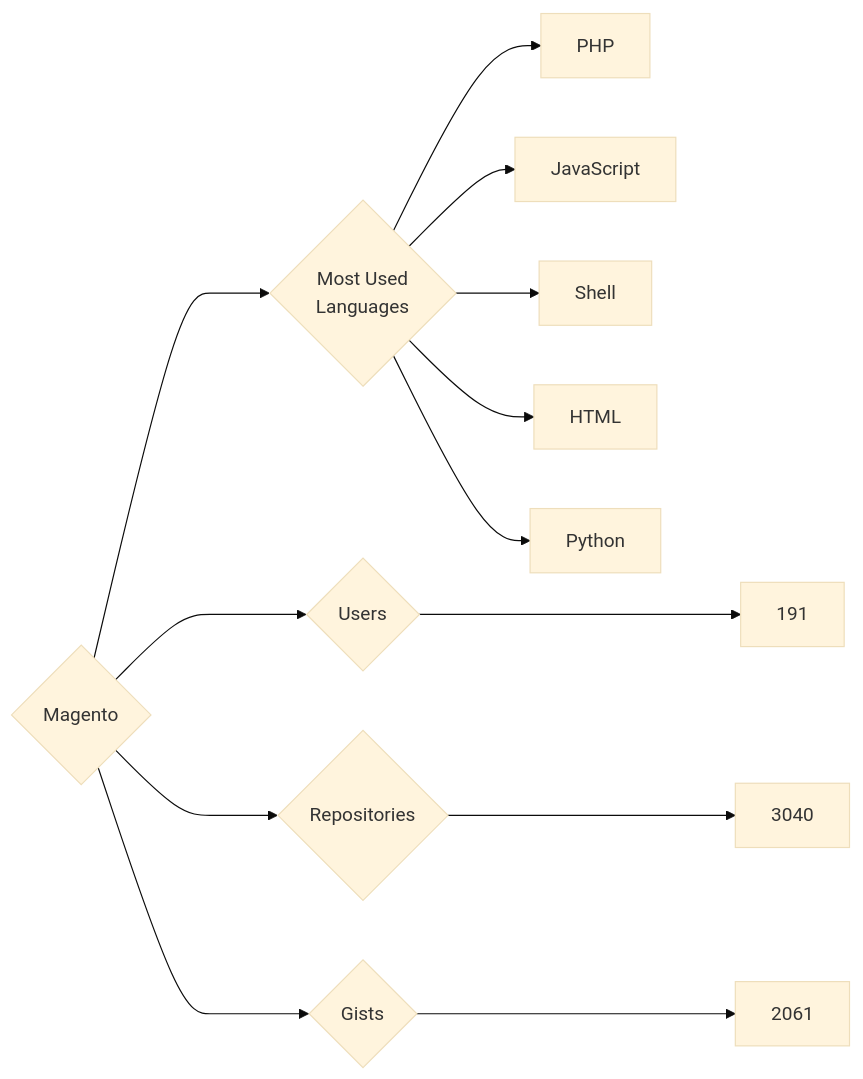
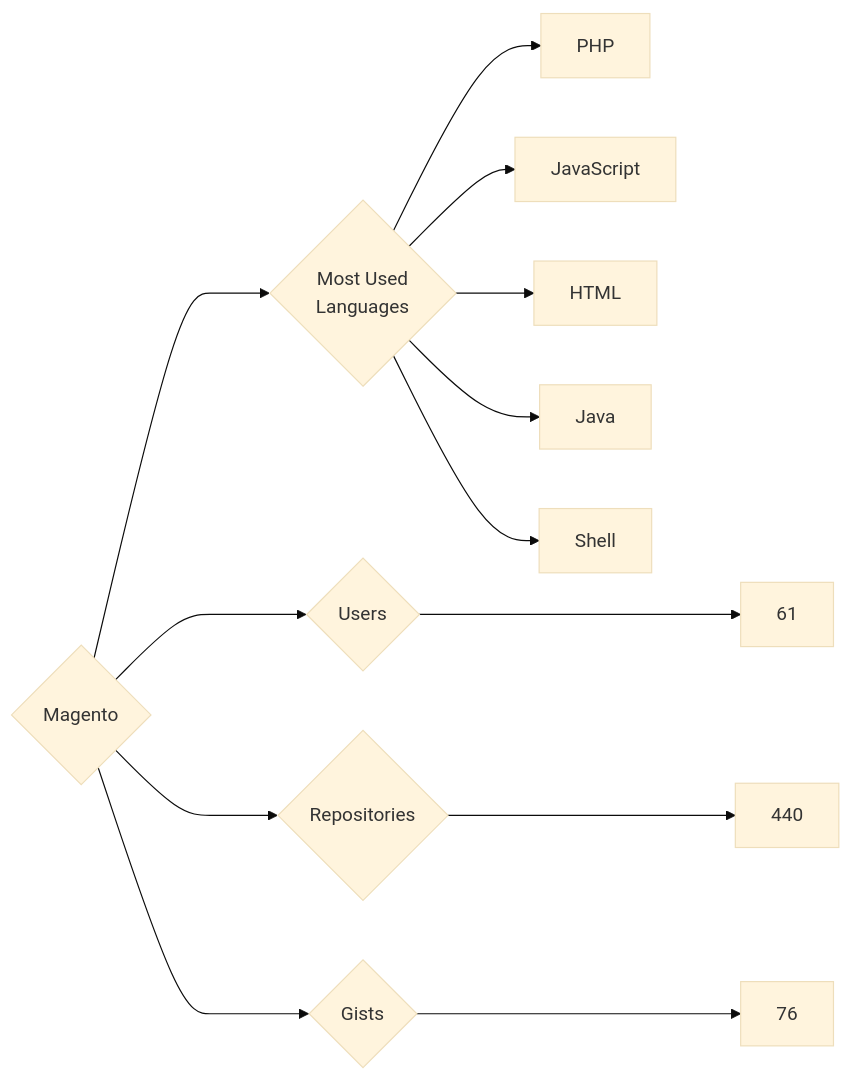
One commit to trickest/insiders changed the diagram in targets/Magento/README.md. Above: the diagram before and after it, drawn with Mermaid (base theme). The commit also changed 597 other files, not shown here.

````diff
--- a/targets/Magento/README.md
+++ b/targets/Magento/README.md
@@ -3,13 +3,13 @@
 ```mermaid
 graph LR
 COMPANY_NAME{Magento}
-COMPANY_NAME ---> U{Users} ---> UN[191]
-COMPANY_NAME ---> R{Repositories} ---> RN[3040]
-COMPANY_NAME ---> G{Gists} ---> GN[2061]
+COMPANY_NAME ---> U{Users} ---> UN[61]
+COMPANY_NAME ---> R{Repositories} ---> RN[440]
+COMPANY_NAME ---> G{Gists} ---> GN[76]
 COMPANY_NAME ---> ML{Most Used<br>Languages}
 ML --> PHP[PHP]
 ML --> JavaScript[JavaScript]
+ML --> HTML[HTML]
+ML --> Java[Java]
 ML --> Shell[Shell]
-ML --> HTML[HTML]
-ML --> Python[Python]
 ```
````
